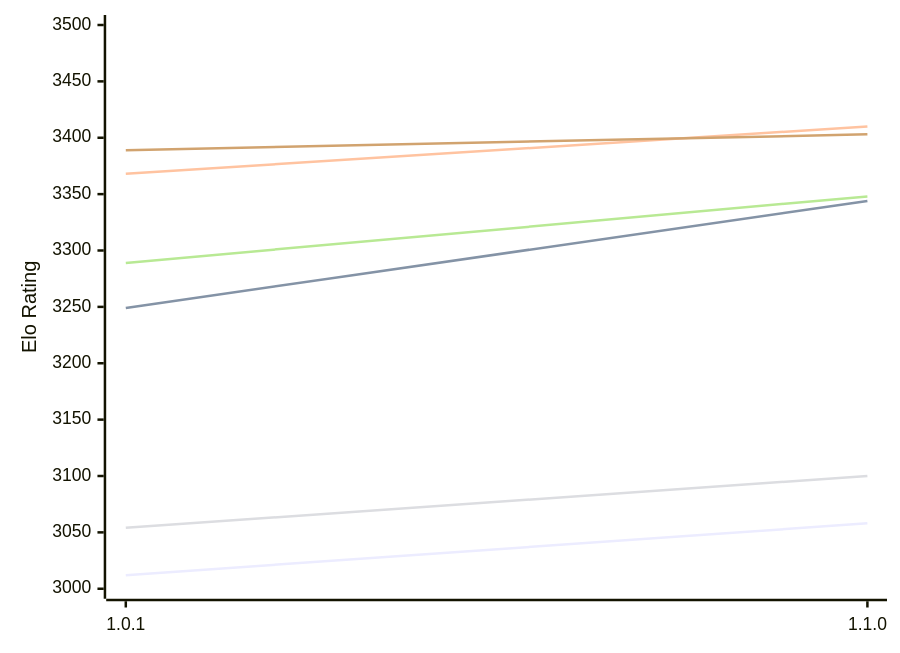
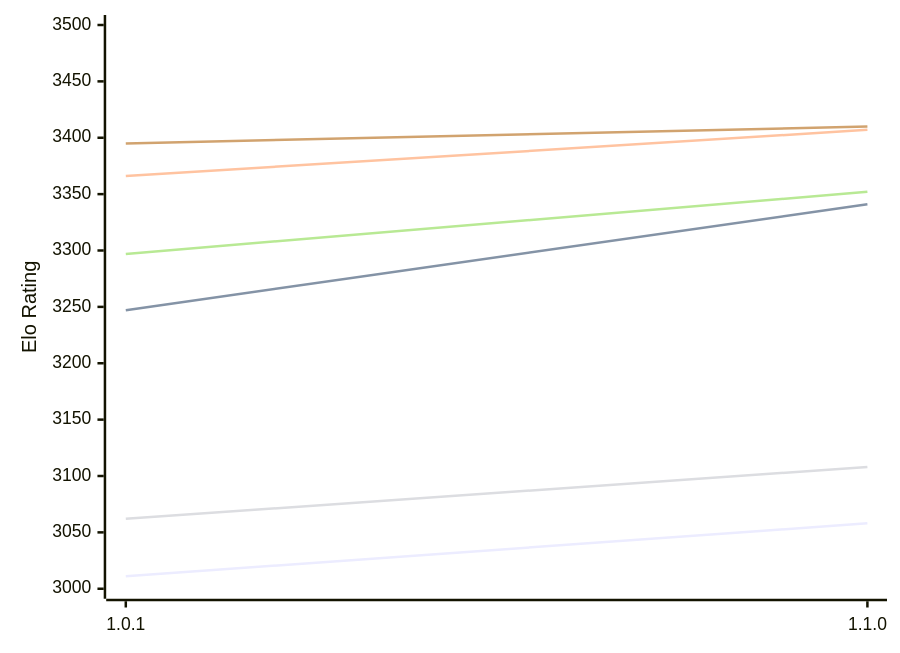
One commit to computer-chess-index/cci changed the first of 2 diagrams in engines/Ursus.md. Above: the diagram before and after it, drawn with Mermaid. The commit also changed other lines of this file, not shown here.

Commit message:
Update CCI Ratings (ELO VLTC) - 2026-11-23

````diff
--- a/engines/Ursus.md
+++ b/engines/Ursus.md
@@ -51,12 +51,12 @@
 ```mermaid
 %%{init: {"theme":"base","themeVariables":{"seriesColors:['#a3a3a3','#222221','#faa371']}}}%%
 xychart-beta
   x-axis ["1.0.1", "1.1.0"]
   y-axis "Elo Rating" 3000 --> 3500
-  line "E1: STC (8.0+0.08s)" [3012, 3058]
-  line "E1: LTC (60.0+0.60s)" [3249, 3344]
-  line "E1: VLTC (2m24s+1.12s)" [3368, 3410]
-  line "P1: STC (8.0+0.08s)" [3054, 3100]
-  line "P1: LTC (60.0+0.60s)" [3289, 3348]
-  line "P1: VLTC (2m24s+1.12s)" [3389, 3403]
+  line "E1: STC (8.0+0.08s)" [3011, 3058]
+  line "E1: LTC (60.0+0.60s)" [3247, 3341]
+  line "E1: VLTC (2m24s+1.12s)" [3366, 3407]
+  line "P1: STC (8.0+0.08s)" [3062, 3108]
+  line "P1: LTC (60.0+0.60s)" [3297, 3352]
+  line "P1: VLTC (2m24s+1.12s)" [3395, 3410]
 ```
````
